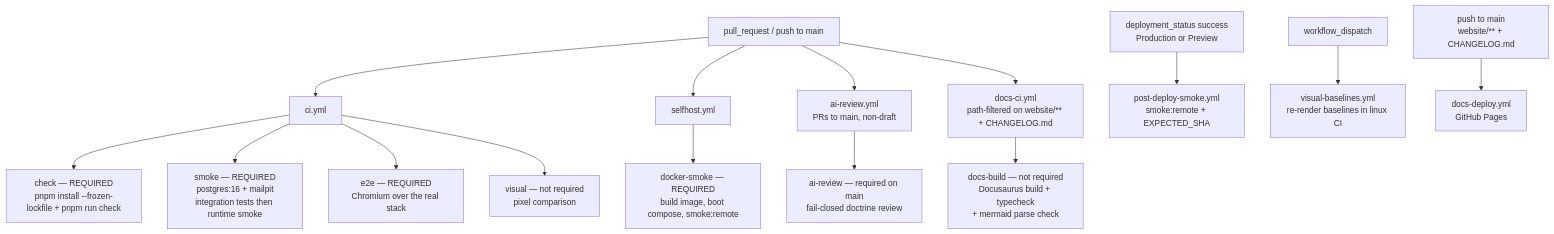
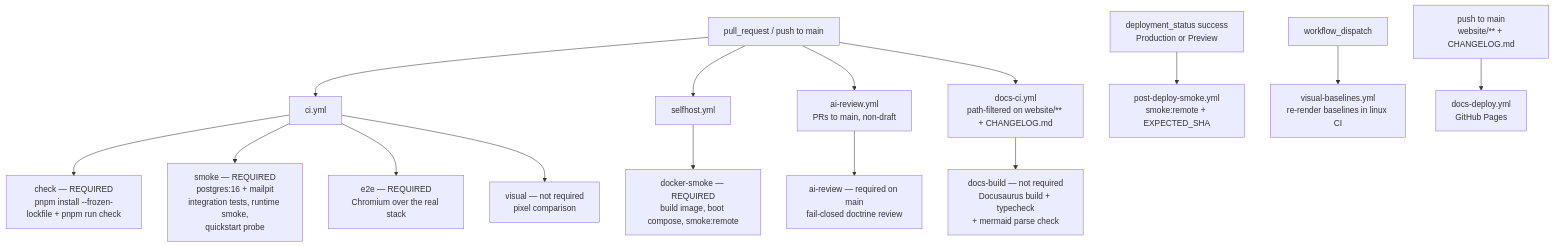
The first of 2 diagrams in website/docs/operations/ci-gates.md (chomamateusz/agentproofarch), drawn with Mermaid before and after one commit. The commit also changed other lines of this file, not shown here.

First line of the commit message:
Docs: ci-gates smoke section reflects the quickstart probe step

````diff
--- a/website/docs/operations/ci-gates.md
+++ b/website/docs/operations/ci-gates.md
@@ -17,19 +17,19 @@
 ```mermaid
 flowchart TD
     pr["pull_request / push to main"] --> ci["ci.yml"]
     pr --> sh["selfhost.yml"]
     pr --> ai["ai-review.yml<br/>PRs to main, non-draft"]
     pr --> dci["docs-ci.yml<br/>path-filtered on website/** + CHANGELOG.md"]
 
     ci --> check["check — REQUIRED<br/>pnpm install --frozen-lockfile + pnpm run check"]
-    ci --> smoke["smoke — REQUIRED<br/>postgres:16 + mailpit<br/>integration tests then runtime smoke"]
+    ci --> smoke["smoke — REQUIRED<br/>postgres:16 + mailpit<br/>integration tests, runtime smoke,<br/>quickstart probe"]
     ci --> e2e["e2e — REQUIRED<br/>Chromium over the real stack"]
     ci --> visual["visual — not required<br/>pixel comparison"]
     sh --> docker["docker-smoke — REQUIRED<br/>build image, boot compose, smoke:remote"]
     ai --> aireview["ai-review — required on main<br/>fail-closed doctrine review"]
     dci --> docsbuild["docs-build — not required<br/>Docusaurus build + typecheck<br/>+ mermaid parse check"]
 
     deploy["deployment_status success<br/>Production or Preview"] --> pds["post-deploy-smoke.yml<br/>smoke:remote + EXPECTED_SHA"]
     dispatch["workflow_dispatch"] --> vb["visual-baselines.yml<br/>re-render baselines in linux CI"]
     pushmain["push to main<br/>website/** + CHANGELOG.md"] --> dd["docs-deploy.yml<br/>GitHub Pages"]
 ```
````
